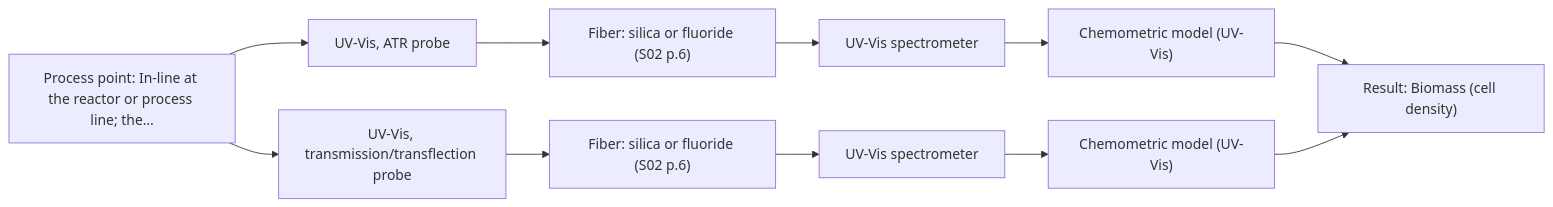
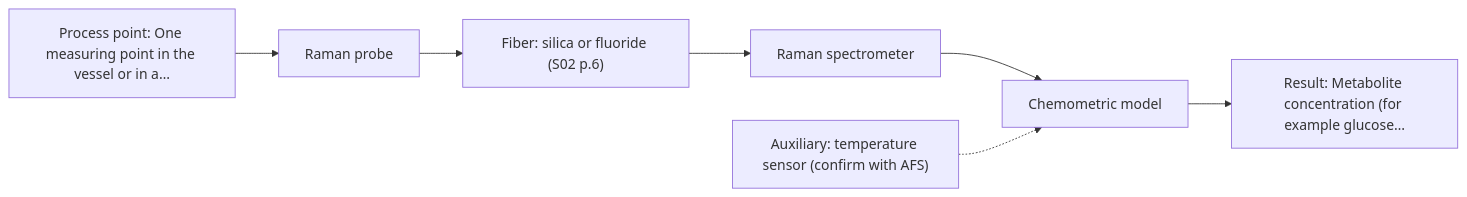
The first of 2 diagrams in outputs/dev/D05.md (sleipnir029/Afs-Spectroscopy-Assistant), drawn with Mermaid before and after one commit. The commit also changed other lines of this file and 41 other files, not shown here.

````diff
--- a/outputs/dev/D05.md
+++ b/outputs/dev/D05.md
@@ -38,23 +38,16 @@
 ```mermaid
 flowchart LR
-    proc["Process point: In-line at the reactor or process line; the…"]
-    probe1["UV-Vis, ATR probe"]
+    proc["Process point: One measuring point in the vessel or in a…"]
+    probe1["Raman probe"]
     fiber1["Fiber: silica or fluoride (S02 p.6)"]
-    spec1["UV-Vis spectrometer"]
-    model1["Chemometric model (UV-Vis)"]
-    probe2["UV-Vis, transmission/transflection probe"]
-    fiber2["Fiber: silica or fluoride (S02 p.6)"]
-    spec2["UV-Vis spectrometer"]
-    model2["Chemometric model (UV-Vis)"]
-    result["Result: Biomass (cell density)"]
+    spec1["Raman spectrometer"]
+    model["Chemometric model"]
+    result["Result: Metabolite concentration (for example glucose…"]
+    aux1["Auxiliary: temperature sensor (confirm with AFS)"]
     proc --> probe1
     probe1 --> fiber1
     fiber1 --> spec1
-    spec1 --> model1
-    proc --> probe2
-    probe2 --> fiber2
-    fiber2 --> spec2
-    spec2 --> model2
-    model1 --> result
-    model2 --> result
+    spec1 --> model
+    model --> result
+    aux1 -.-> model
 ```
````
